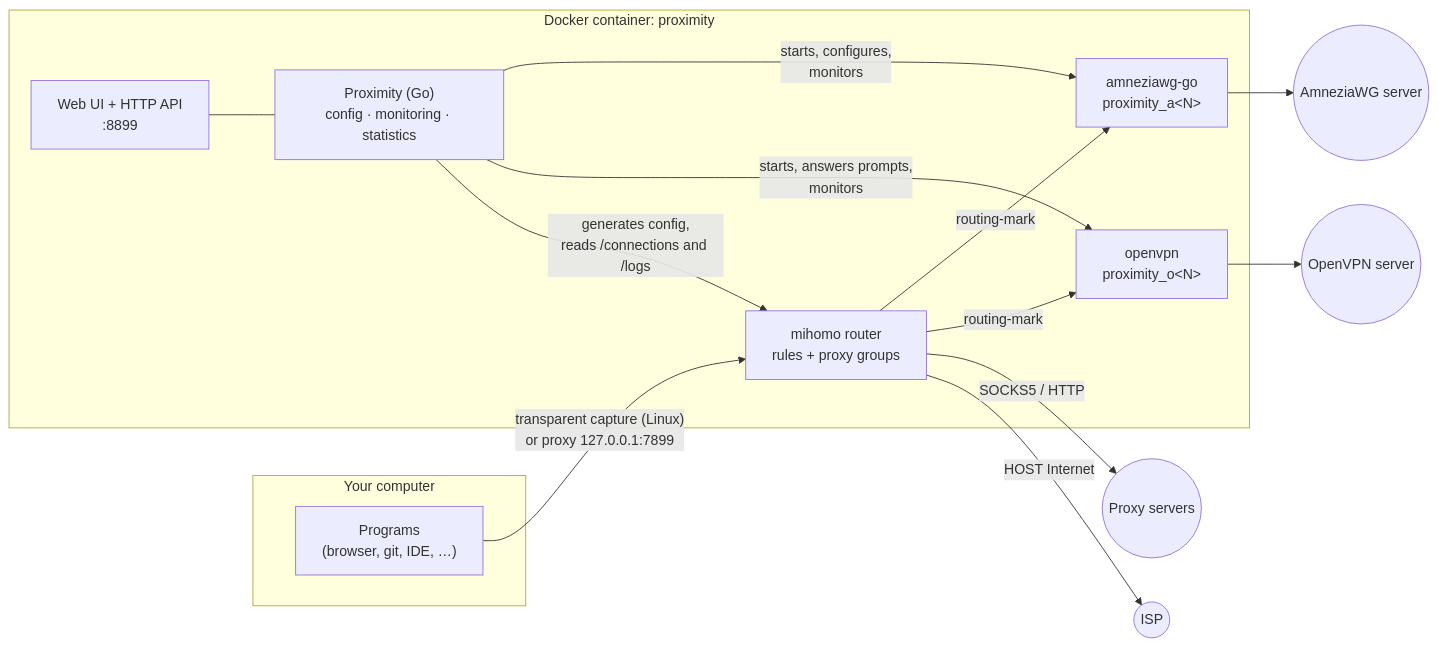
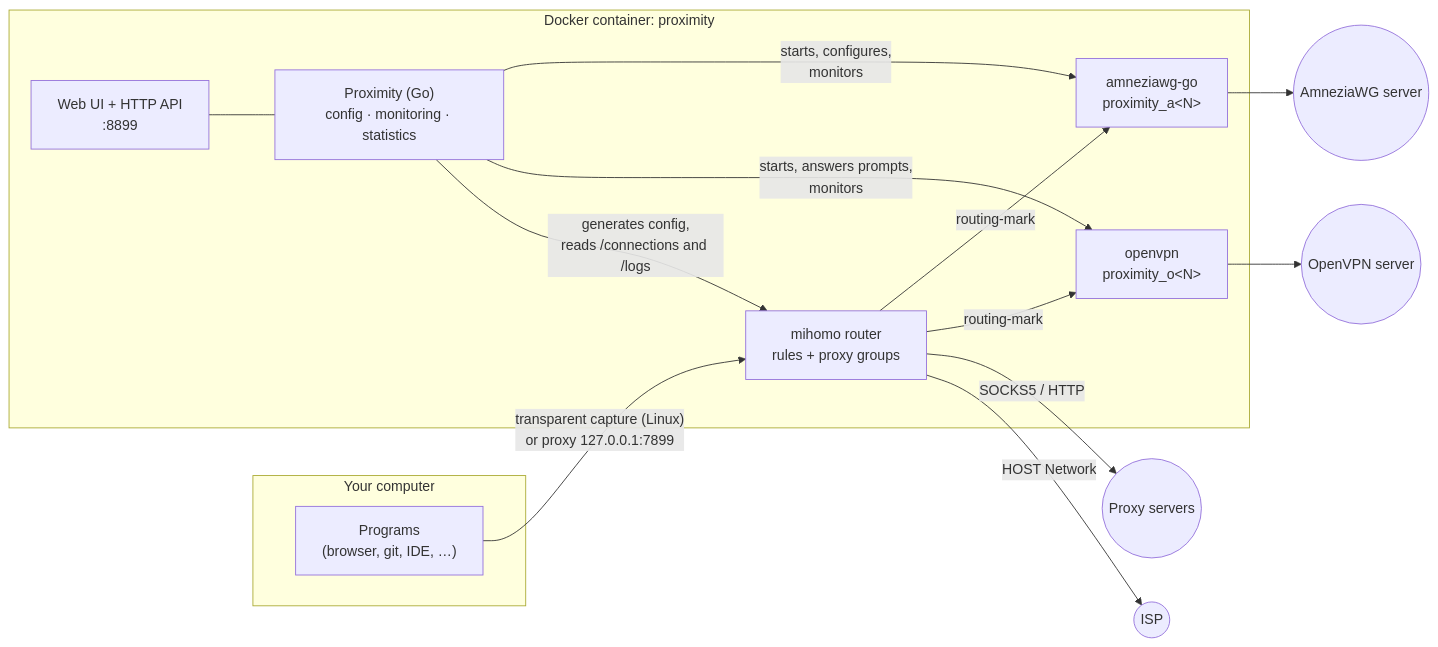
The diagram in README.md (ferrobit/proximity), drawn with Mermaid before and after one commit. The commit also changed other lines of this file and 9 other files, not shown here.

First line of the commit message:
Rename the HOST Internet outbound type to HOST Network

````diff
--- a/README.md
+++ b/README.md
@@ -177,22 +177,22 @@
 ```mermaid
 flowchart LR
     subgraph Host["Your computer"]
         Apps["Programs<br/>(browser, git, IDE, …)"]
     end
     subgraph Container["Docker container: proximity"]
         UI["Web UI + HTTP API<br/>:8899"]
         Core["Proximity (Go)<br/>config · monitoring · statistics"]
         Mihomo["mihomo router<br/>rules + proxy groups"]
         OVPN["openvpn<br/>proximity_o&lt;N&gt;"]
         AWG["amneziawg-go<br/>proximity_a&lt;N&gt;"]
     end
     Apps -- "transparent capture (Linux)<br/>or proxy 127.0.0.1:7899" --> Mihomo
     UI --- Core
     Core -- "generates config,<br/>reads /connections and /logs" --> Mihomo
     Core -- "starts, answers prompts,<br/>monitors" --> OVPN
     Core -- "starts, configures,<br/>monitors" --> AWG
-    Mihomo -- "HOST Internet" --> ISP(("ISP"))
+    Mihomo -- "HOST Network" --> ISP(("ISP"))
     Mihomo -- "SOCKS5 / HTTP" --> Proxy(("Proxy servers"))
     Mihomo -- "routing-mark" --> OVPN --> VPN1(("OpenVPN server"))
     Mihomo -- "routing-mark" --> AWG --> VPN2(("AmneziaWG server"))
 ```
````
